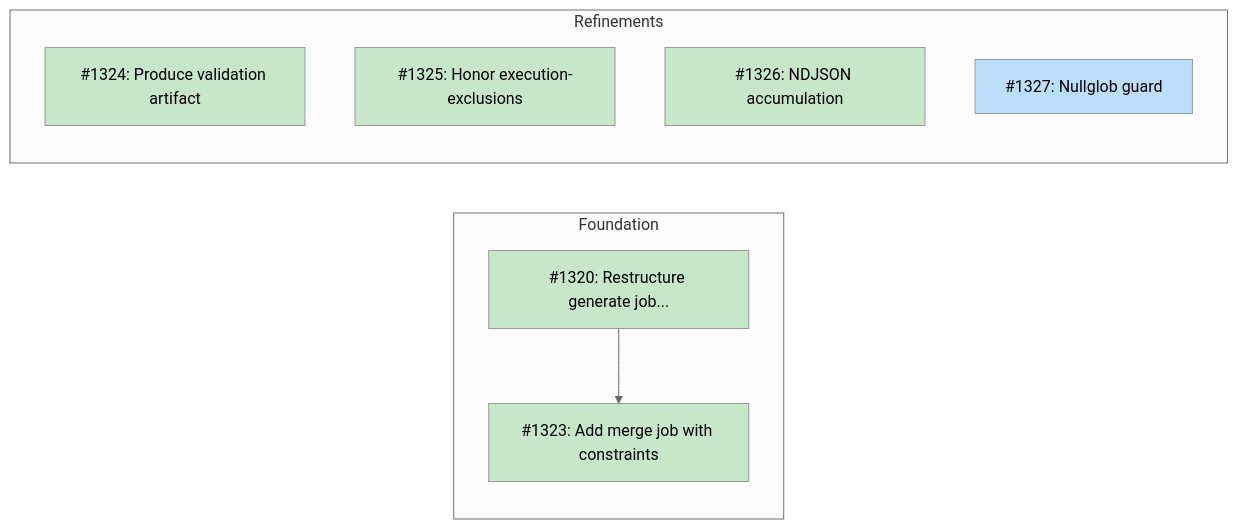
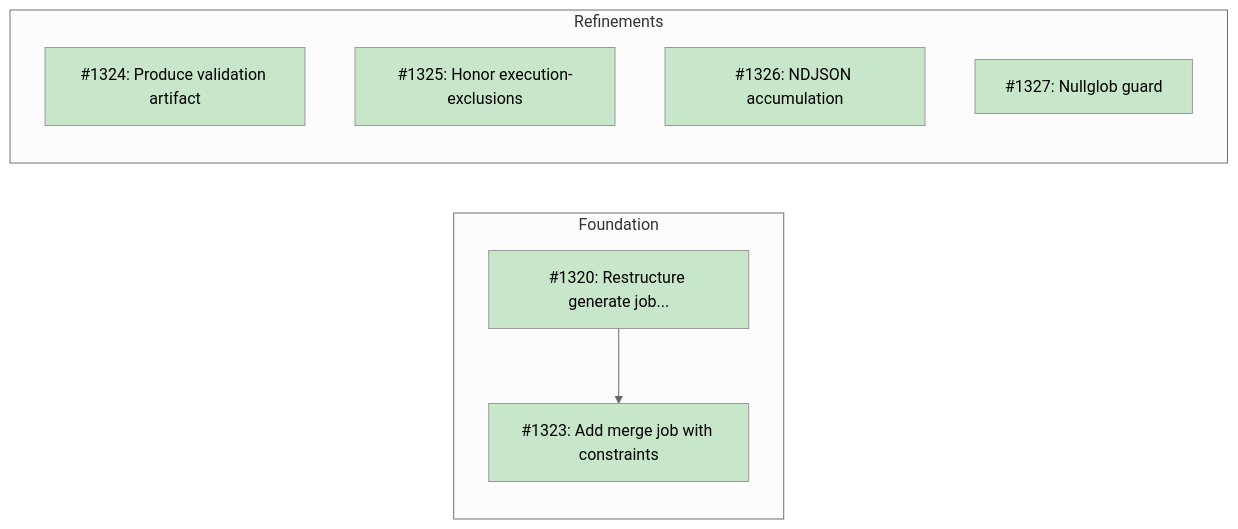
The diagram in docs/designs/DESIGN-batch-platform-validation.md (tsukumogami/tsuku), drawn with Mermaid (neutral theme) before and after one commit. The commit also changed other lines of this file and 1 other file, not shown here.

Commit message:
ci(batch): add nullglob guard for recipe collection
Enable `shopt -s nullglob` before glob expansion in all four
validation jobs. When no recipes match the glob pattern, the
loop now receives an empty list instead of the literal pattern
string, preventing spurious processing of non-existent files.

Closes #1327

````diff
--- a/docs/designs/DESIGN-batch-platform-validation.md
+++ b/docs/designs/DESIGN-batch-platform-validation.md
@@ -43,24 +43,23 @@
 ```mermaid
 graph LR
     subgraph Foundation["Foundation"]
         I1320["#1320: Restructure generate job..."]
         I1323["#1323: Add merge job with constraints"]
     end
 
     subgraph Refinements["Refinements"]
         I1324["#1324: Produce validation artifact"]
         I1325["#1325: Honor execution-exclusions"]
         I1326["#1326: NDJSON accumulation"]
         I1327["#1327: Nullglob guard"]
     end
 
     I1320 --> I1323
 
     classDef done fill:#c8e6c9
     classDef ready fill:#bbdefb
     classDef blocked fill:#fff9c4
     classDef needsDesign fill:#e1bee7
 
-    class I1320,I1323,I1324,I1325,I1326 done
-    class I1327 ready
+    class I1320,I1323,I1324,I1325,I1326,I1327 done
 ```
````
